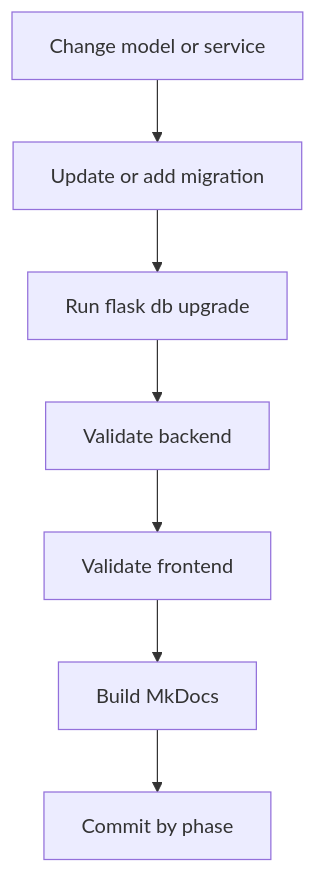
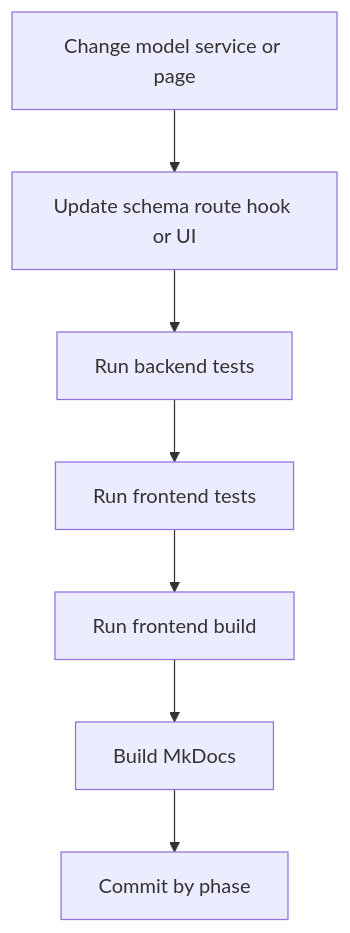
Before and after one commit to ai-cain/vision-data-dashboard: the diagram in docs/development-workflow.md, drawn with Mermaid. The commit also changed other lines of this file and 9 other files, not shown here.

````diff
--- a/docs/development-workflow.md
+++ b/docs/development-workflow.md
@@ -68,9 +82,9 @@
 ```mermaid
 flowchart TD
-    A[Change model or service] --> B[Update or add migration]
-    B --> C[Run flask db upgrade]
-    C --> D[Validate backend]
-    D --> E[Validate frontend]
+    A[Change model service or page] --> B[Update schema route hook or UI]
+    B --> C[Run backend tests]
+    C --> D[Run frontend tests]
+    D --> E[Run frontend build]
     E --> F[Build MkDocs]
     F --> G[Commit by phase]
 ```
````
